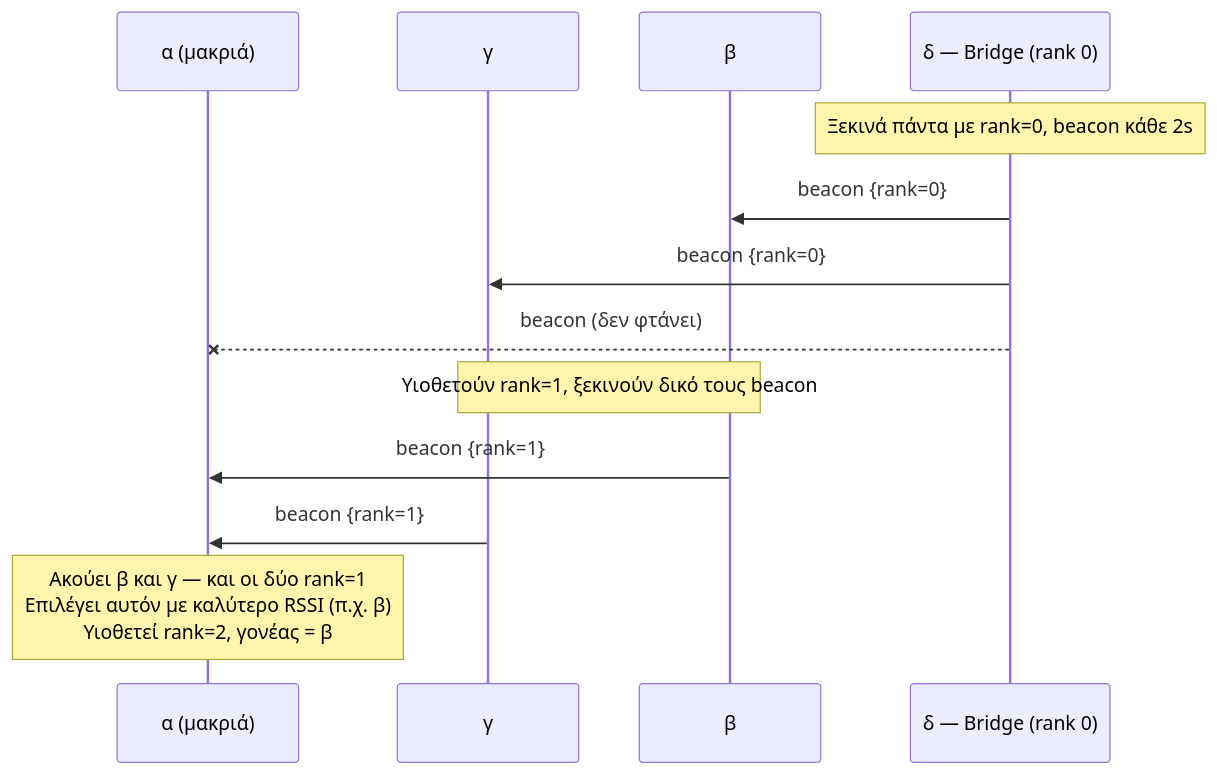
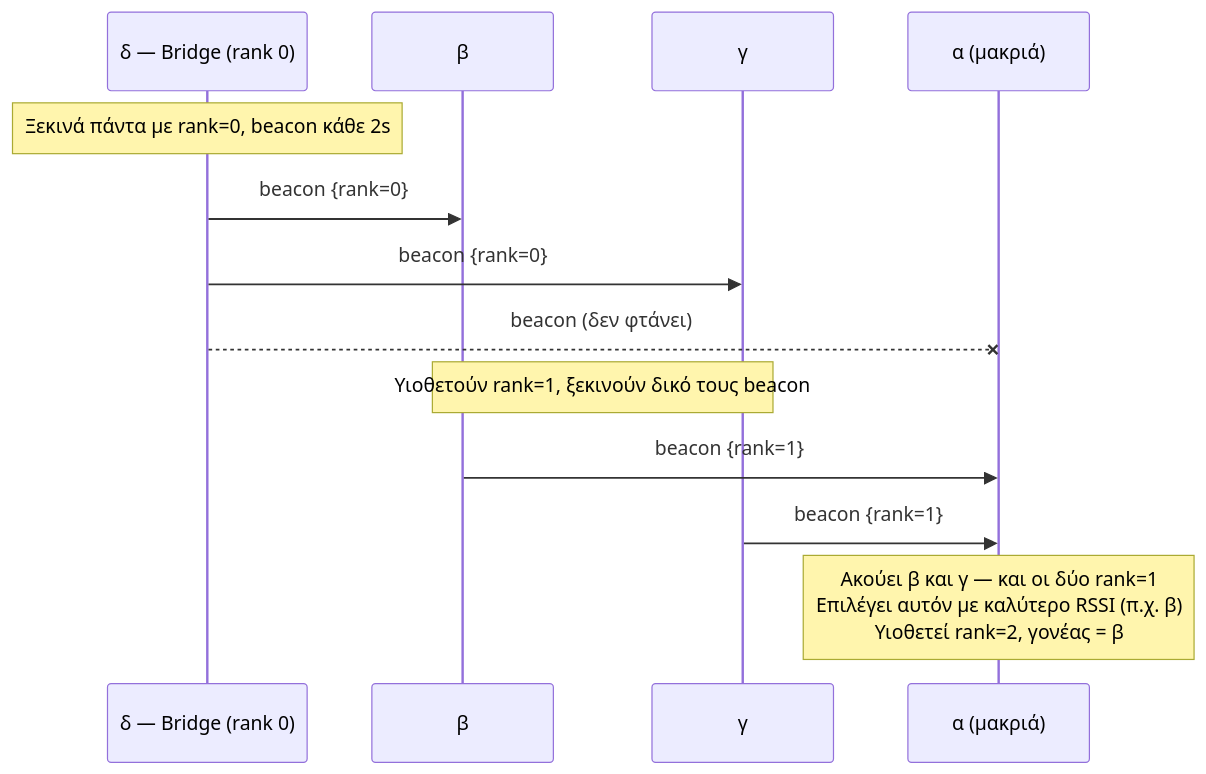
One commit to vtsitotas/GreenHouse changed the second of 4 diagrams in docs/MESH_RELAY_EXPLAINED.md. Above: the diagram before and after it, drawn with Mermaid. The commit also changed other lines of this file, not shown here.

First line of the commit message:
docs: revert bridge position to leftmost in beacon sequence diagram

````diff
--- a/docs/MESH_RELAY_EXPLAINED.md
+++ b/docs/MESH_RELAY_EXPLAINED.md
@@ -167,18 +167,18 @@
 ```mermaid
 sequenceDiagram
+    participant D as δ — Bridge (rank 0)
+    participant B as β
+    participant G as γ
     participant A as α (μακριά)
-    participant G as γ
-    participant B as β
-    participant D as δ — Bridge (rank 0)
 
     Note over D: Ξεκινά πάντα με rank=0, beacon κάθε 2s
     D->>B: beacon {rank=0}
     D->>G: beacon {rank=0}
     D--xA: beacon (δεν φτάνει)
 
     Note over B,G: Υιοθετούν rank=1, ξεκινούν δικό τους beacon
     B->>A: beacon {rank=1}
     G->>A: beacon {rank=1}
 
     Note over A: Ακούει β και γ — και οι δύο rank=1<br/>Επιλέγει αυτόν με καλύτερο RSSI (π.χ. β)<br/>Υιοθετεί rank=2, γονέας = β
 ```
````
